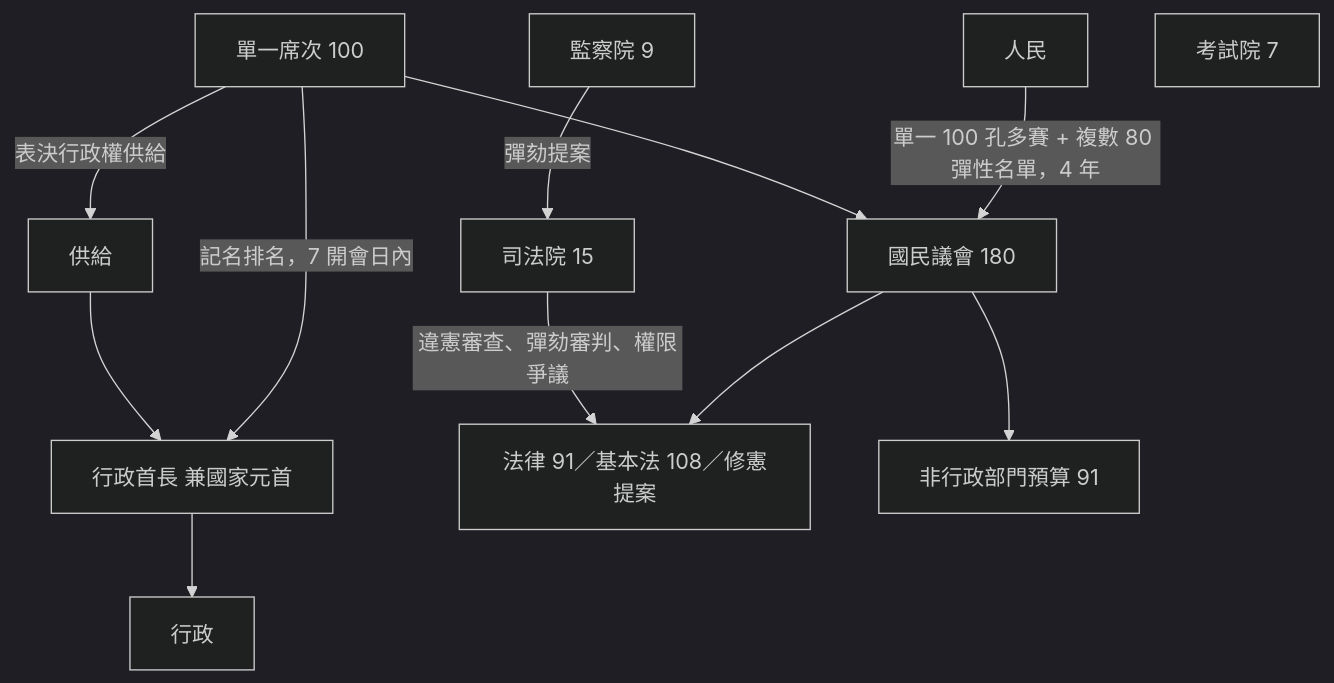
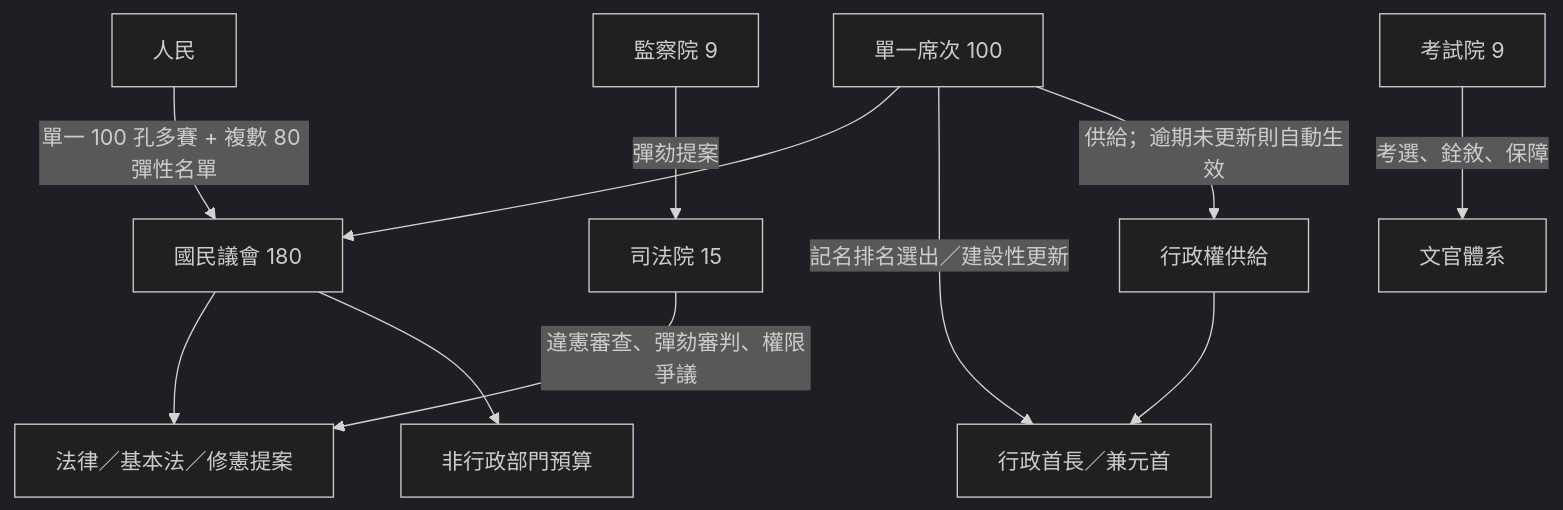
One commit to IRonROOT578/Political-Economy-Research-Public changed the first of 10 diagrams in topics/regime-designs/designs/台灣/一院議會制/憲政架構圖.md. Above: the diagram before and after it, drawn with Mermaid (dark theme). The commit also changed other lines of this file and 128 other files, not shown here.

````diff
--- a/topics/regime-designs/designs/台灣/一院議會制/憲政架構圖.md
+++ b/topics/regime-designs/designs/台灣/一院議會制/憲政架構圖.md
@@ -7,17 +7,17 @@
 ```mermaid
 flowchart TD
   People[人民]
-  People -->|單一 100 孔多賽 + 複數 80 彈性名單，4 年| NA[國民議會 180]
+  People -->|單一 100 孔多賽 + 複數 80 彈性名單| NA[國民議會 180]
   SMD[單一席次 100] --> NA
-  SMD -->|記名排名，7 開會日內| PM[行政首長 兼國家元首]
-  SMD -->|表決行政權供給| Supply[供給]
-  Supply --> PM
-  PM --> Exec[行政]
-  NA --> Law[法律 91／基本法 108／修憲提案]
-  NA --> OthBud[非行政部門預算 91]
+  SMD -->|記名排名選出／建設性更新| Chief[行政首長／兼元首]
+  SMD -->|供給；逾期未更新則自動生效| Supply[行政權供給]
+  Supply --> Chief
+  NA --> Law[法律／基本法／修憲提案]
+  NA --> OthBud[非行政部門預算]
   J[司法院 15]
   S[監察院 9]
-  E[考試院 7]
+  E[考試院 9]
   S -->|彈劾提案| J
   J -->|違憲審查、彈劾審判、權限爭議| Law
+  E -->|考選、銓敘、保障| Civil[文官體系]
 ```
````
